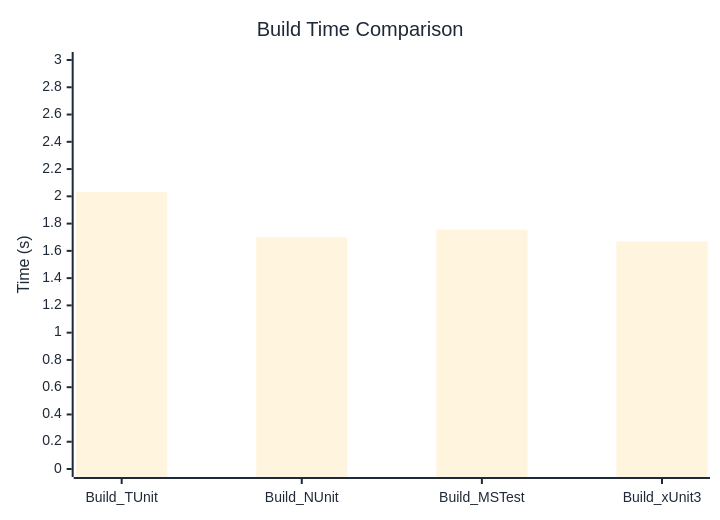
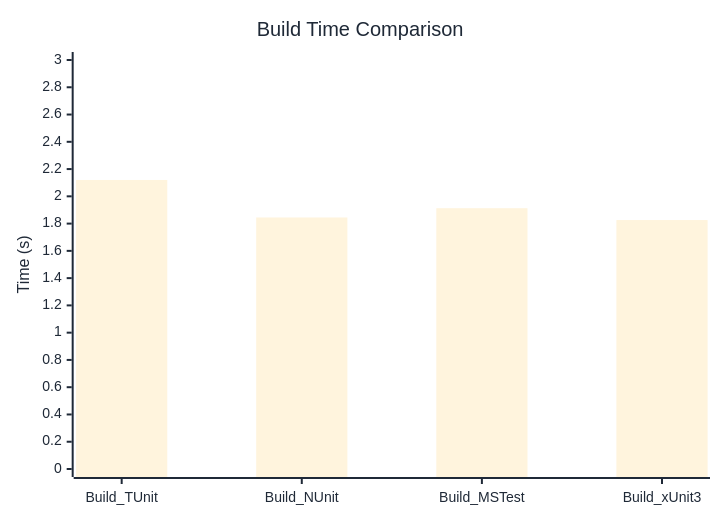
Before and after one commit to thomhurst/TUnit: the diagram in docs/docs/benchmarks/BuildTime.md, drawn with Mermaid. The commit also changed other lines of this file and 17 other files, not shown here.

````diff
--- a/docs/docs/benchmarks/BuildTime.md
+++ b/docs/docs/benchmarks/BuildTime.md
@@ -28,37 +28,37 @@
 ```mermaid
 %%{init: {
   'theme':'base',
   'themeVariables': {
     'primaryColor': '#2563eb',
     'primaryTextColor': '#1f2937',
     'primaryBorderColor': '#1e40af',
     'lineColor': '#6b7280',
     'secondaryColor': '#7c3aed',
     'tertiaryColor': '#dc2626',
     'background': '#ffffff',
     'mainBkg': '#2563eb',
     'secondBkg': '#7c3aed',
     'tertiaryBkg': '#dc2626',
     'clusterBkg': '#f3f4f6',
     'edgeLabelBackground': '#ffffff',
     'tertiaryTextColor': '#1f2937',
     'pie1': '#2563eb',
     'pie2': '#7c3aed',
     'pie3': '#dc2626',
     'pie4': '#f59e0b',
     'pie5': '#10b981',
     'pie6': '#06b6d4',
     'pie7': '#ec4899',
     'pie8': '#6366f1',
     'pie9': '#84cc16',
     'pie10': '#f97316',
     'pie11': '#14b8a6',
     'pie12': '#a855f7'
   }
 }}%%
 xychart-beta
   title "Build Time Comparison"
   x-axis ["Build_TUnit", "Build_NUnit", "Build_MSTest", "Build_xUnit3"]
   y-axis "Time (s)" 0 --> 3
-  bar [2.031, 1.699, 1.756, 1.669]
+  bar [2.12, 1.845, 1.913, 1.826]
 ```
````
